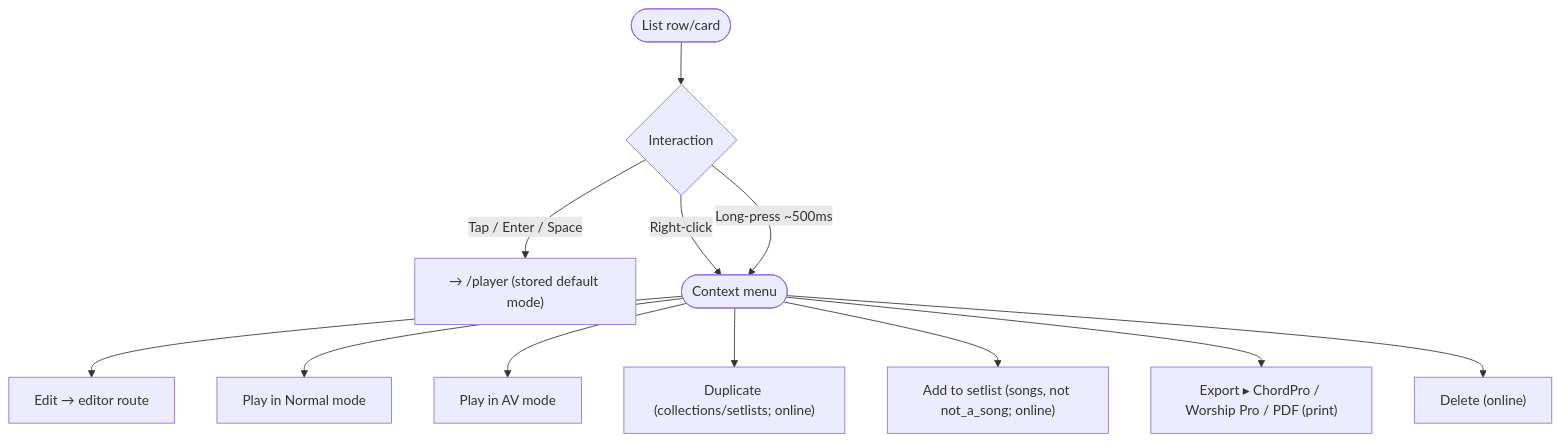
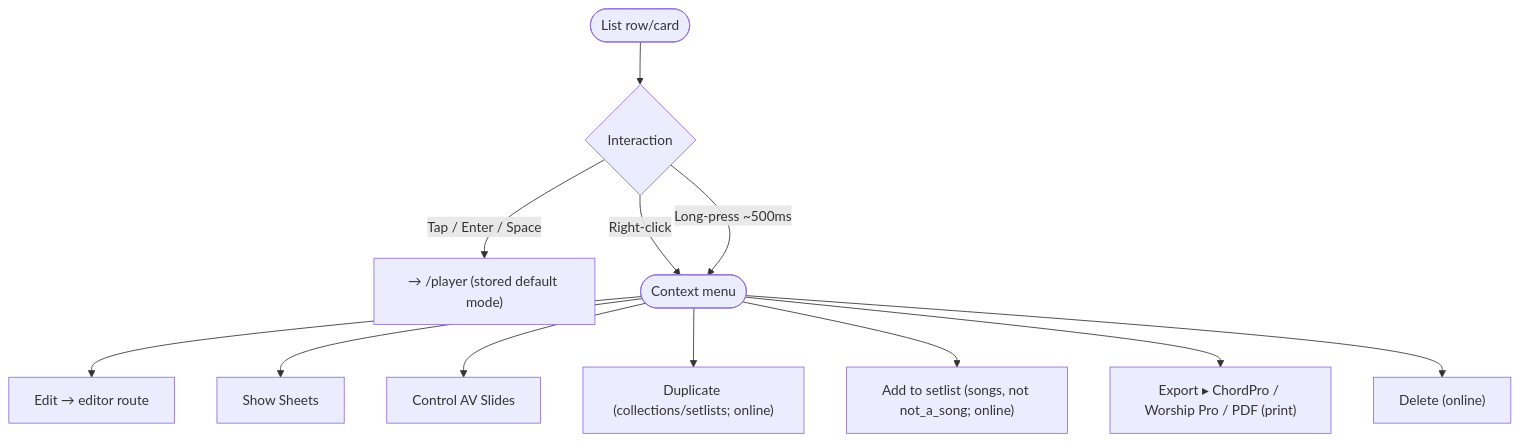
Before and after one commit to xilefmusics/worship_viewer: diagram 46 of 56 in docs/architecture/frontend-user-flows.md, drawn with Mermaid. The commit also changed other lines of this file and 39 other files, not shown here.

````diff
--- a/docs/architecture/frontend-user-flows.md
+++ b/docs/architecture/frontend-user-flows.md
@@ -799,14 +799,14 @@
 ```mermaid
 flowchart TD
     row(["List row/card"]) --> open{Interaction}
     open -->|Tap / Enter / Space| play["→ /player (stored default mode)"]
     open -->|Right-click| ctx(["Context menu"])
     open -->|Long-press ~500ms| ctx
     ctx --> edit["Edit → editor route"]
-    ctx --> pn["Play in Normal mode"]
-    ctx --> pav["Play in AV mode"]
+    ctx --> pn["Show Sheets"]
+    ctx --> pav["Control AV Slides"]
     ctx --> dup["Duplicate (collections/setlists; online)"]
     ctx --> add["Add to setlist (songs, not not_a_song; online)"]
     ctx --> exp["Export ▸ ChordPro / Worship Pro / PDF (print)"]
     ctx --> del["Delete (online)"]
 ```
````
